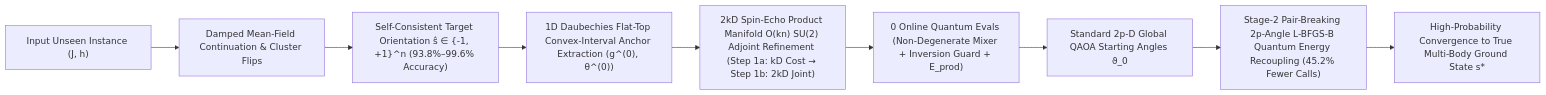
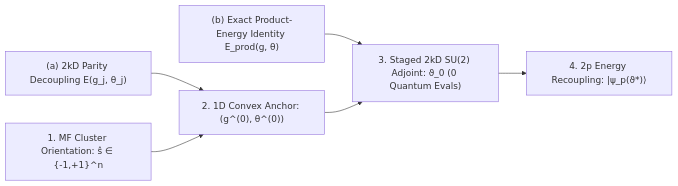
One commit to jollyxenon/Echo-MF-2kD changed the diagram in paper/paper2-ncs-en.md. Above: the diagram before and after it, drawn with Mermaid. The commit also changed other lines of this file and 21 other files, not shown here.

````diff
--- a/paper/paper2-ncs-en.md
+++ b/paper/paper2-ncs-en.md
@@ -23,12 +23,8 @@
 ```mermaid
 flowchart LR
-    A["Input Unseen Instance (J, h)"] --> B["Damped Mean-Field Continuation & Cluster Flips"]
-    B --> C["Self-Consistent Target Orientation ŝ ∈ {-1, +1}^n (93.8%–99.6% Accuracy)"]
-    D["1D Daubechies Flat-Top Convex-Interval Anchor Extraction (g^(0), θ^(0))"]
-    C --> D
-    D --> E["2kD Spin-Echo Product Manifold O(kn) SU(2) Adjoint Refinement (Step 1a: kD Cost → Step 1b: 2kD Joint)"]
-    E --> F["0 Online Quantum Evals (Non-Degenerate Mixer + Inversion Guard + E_prod)"]
-    F --> G["Standard 2p-D Global QAOA Starting Angles ϑ_0"]
-    G --> H["Stage-2 Pair-Breaking 2p-Angle L-BFGS-B Quantum Energy Recoupling (45.2% Fewer Calls)"]
-    H --> I["High-Probability Convergence to True Multi-Body Ground State s*"]
+    P["(a) 2kD Parity Decoupling E(g_j, θ_j)"] --> A
+    I["(b) Exact Product-Energy Identity E_prod(g, θ)"] --> R
+    O["1. MF Cluster Orientation: ŝ ∈ {-1,+1}^n"] --> A["2. 1D Convex Anchor: (g^(0), θ^(0))"]
+    A --> R["3. Staged 2kD SU(2) Adjoint: ϑ_0 (0 Quantum Evals)"]
+    R --> Q["4. 2p Energy Recoupling: |ψ_p(ϑ*)⟩"]
 ```
````
